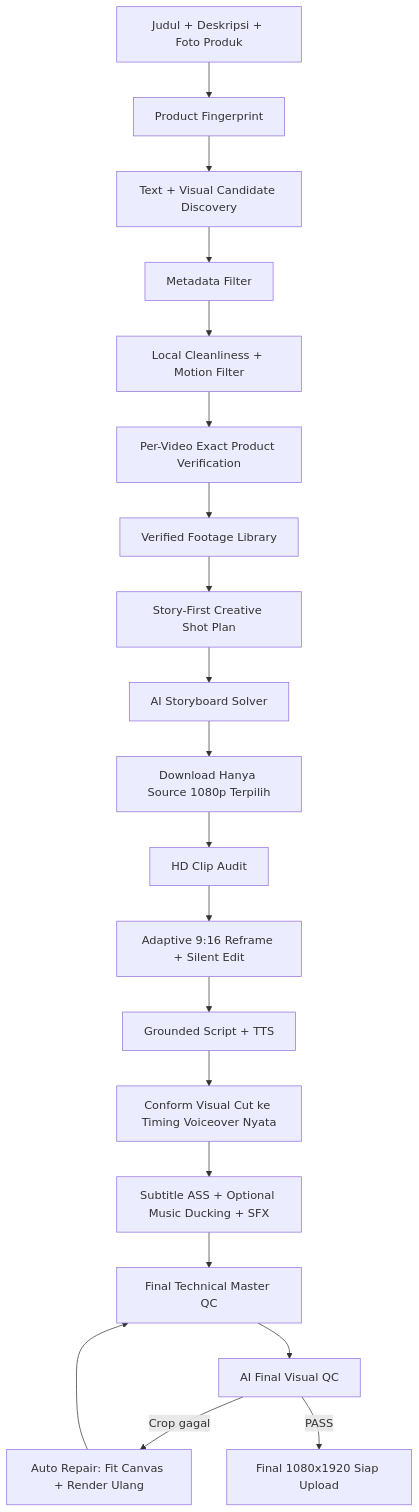
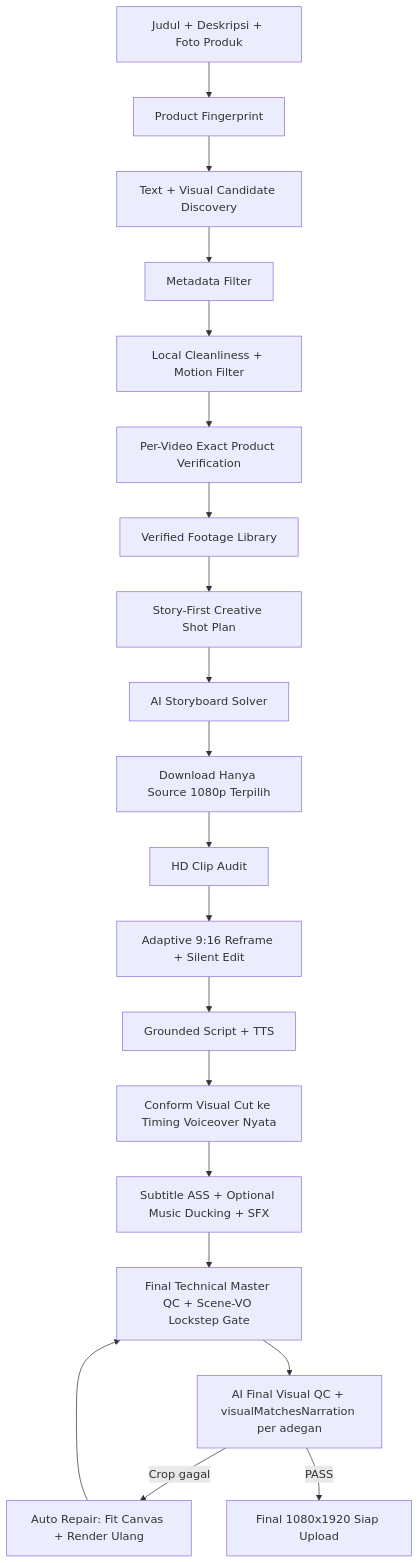
Before and after one commit to Zozodoank/clippervps: the diagram in README.md, drawn with Mermaid. The commit also changed other lines of this file and 15 other files, not shown here.

Commit message:
feat: dense frame sampling (dur/1.5), gate 720p awal, face-policy + Scene-VO lockstep niche gadget + tests

````diff
--- a/README.md
+++ b/README.md
@@ -31,22 +31,22 @@
 ```mermaid
 flowchart TD
     A[Judul + Deskripsi + Foto Produk] --> B[Product Fingerprint]
     B --> C[Text + Visual Candidate Discovery]
     C --> D[Metadata Filter]
     D --> E[Local Cleanliness + Motion Filter]
     E --> F[Per-Video Exact Product Verification]
     F --> G[Verified Footage Library]
     G --> H[Story-First Creative Shot Plan]
     H --> I[AI Storyboard Solver]
     I --> J[Download Hanya Source 1080p Terpilih]
     J --> K[HD Clip Audit]
     K --> L[Adaptive 9:16 Reframe + Silent Edit]
     L --> M[Grounded Script + TTS]
     M --> N[Conform Visual Cut ke Timing Voiceover Nyata]
     N --> O[Subtitle ASS + Optional Music Ducking + SFX]
-    O --> P[Final Technical Master QC]
-    P --> Q[AI Final Visual QC]
+    O --> P[Final Technical Master QC + Scene-VO Lockstep Gate]
+    P --> Q[AI Final Visual QC + visualMatchesNarration per adegan]
     Q -->|Crop gagal| R[Auto Repair: Fit Canvas + Render Ulang]
     R --> P
     Q -->|PASS| S[Final 1080x1920 Siap Upload]
 ```
````
